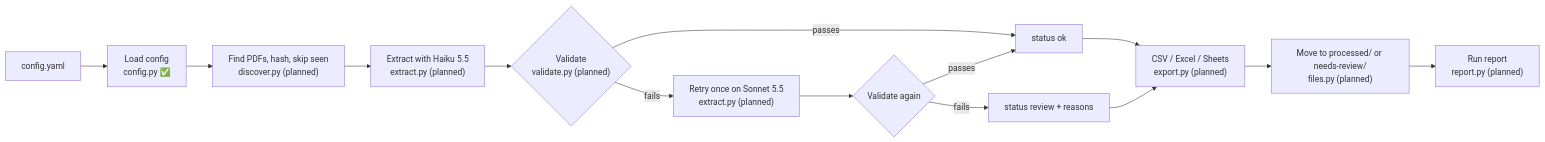
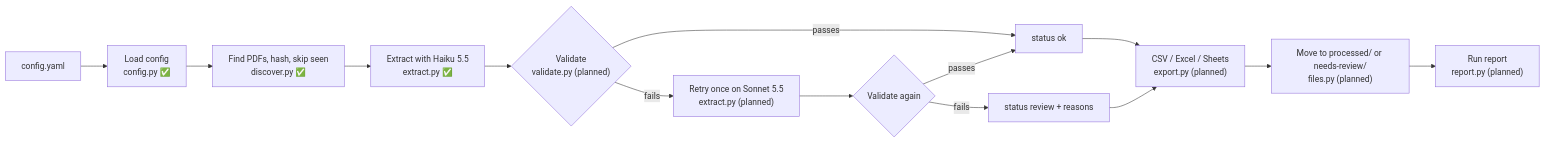
The first of 4 diagrams in ARCHITECTURE.md (yahani/ibis), drawn with Mermaid before and after one commit. The commit also changed other lines of this file and 15 other files, not shown here.

First line of the commit message:
Recorded fixtures from a live Haiku 5.5 run; schema without optional fields; answer-key fix for layouts without a tax ID

````diff
--- a/ARCHITECTURE.md
+++ b/ARCHITECTURE.md
@@ -19,16 +19,16 @@
 ```mermaid
 flowchart LR
     cfg[config.yaml] --> load["Load config<br/>config.py ✅"]
-    load --> find["Find PDFs, hash, skip seen<br/>discover.py (planned)"]
-    find --> extract["Extract with Haiku 5.5<br/>extract.py (planned)"]
+    load --> find["Find PDFs, hash, skip seen<br/>discover.py ✅"]
+    find --> extract["Extract with Haiku 5.5<br/>extract.py ✅"]
     extract --> check{"Validate<br/>validate.py (planned)"}
     check -- fails --> retry["Retry once on Sonnet 5.5<br/>extract.py (planned)"]
     retry --> check2{"Validate again"}
     check -- passes --> ok["status ok"]
     check2 -- passes --> ok
     check2 -- fails --> review["status review + reasons"]
     ok --> export["CSV / Excel / Sheets<br/>export.py (planned)"]
     review --> export
     export --> move["Move to processed/ or needs-review/<br/>files.py (planned)"]
     move --> report["Run report<br/>report.py (planned)"]
 ```
````
